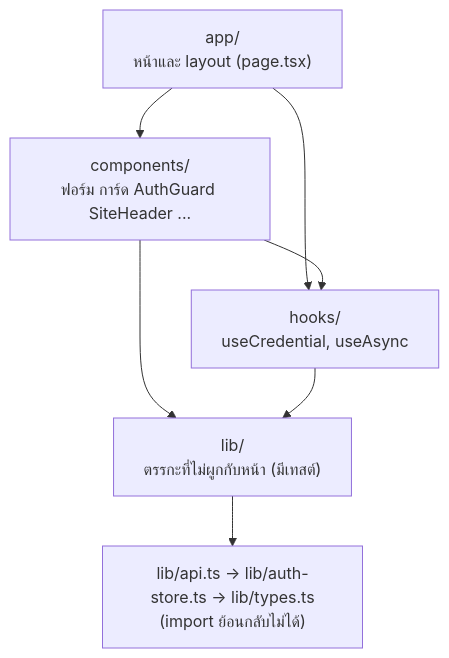
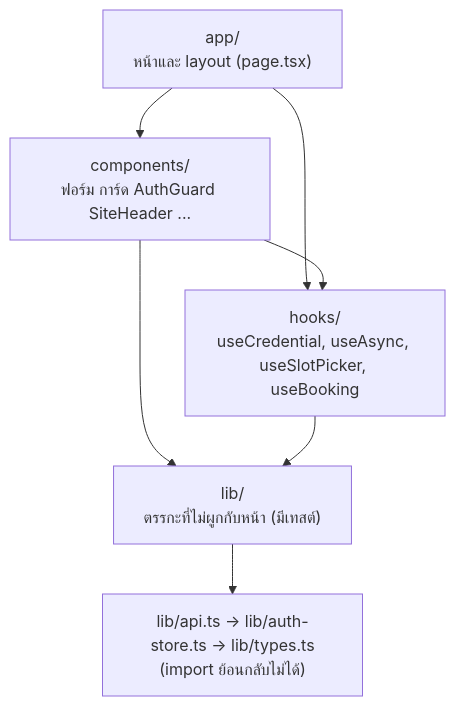
Before and after one commit to zeagame-kk/devpool-nuttun-final-booking-table: the seventh of 7 diagrams in ARCHITECTURE.md, drawn with Mermaid. The commit also changed other lines of this file and 35 other files, not shown here.

````diff
--- a/ARCHITECTURE.md
+++ b/ARCHITECTURE.md
@@ -415,9 +415,9 @@
 ```mermaid
 flowchart TB
     app["app/<br/>หน้าและ layout (page.tsx)"] --> comp["components/<br/>ฟอร์ม การ์ด AuthGuard SiteHeader ..."]
-    app --> hooks["hooks/<br/>useCredential, useAsync"]
+    app --> hooks["hooks/<br/>useCredential, useAsync, useSlotPicker, useBooking"]
     comp --> hooks
     comp --> lib["lib/<br/>ตรรกะที่ไม่ผูกกับหน้า (มีเทสต์)"]
     hooks --> lib
     lib --> api["lib/api.ts → lib/auth-store.ts → lib/types.ts<br/>(import ย้อนกลับไม่ได้)"]
 ```
````
